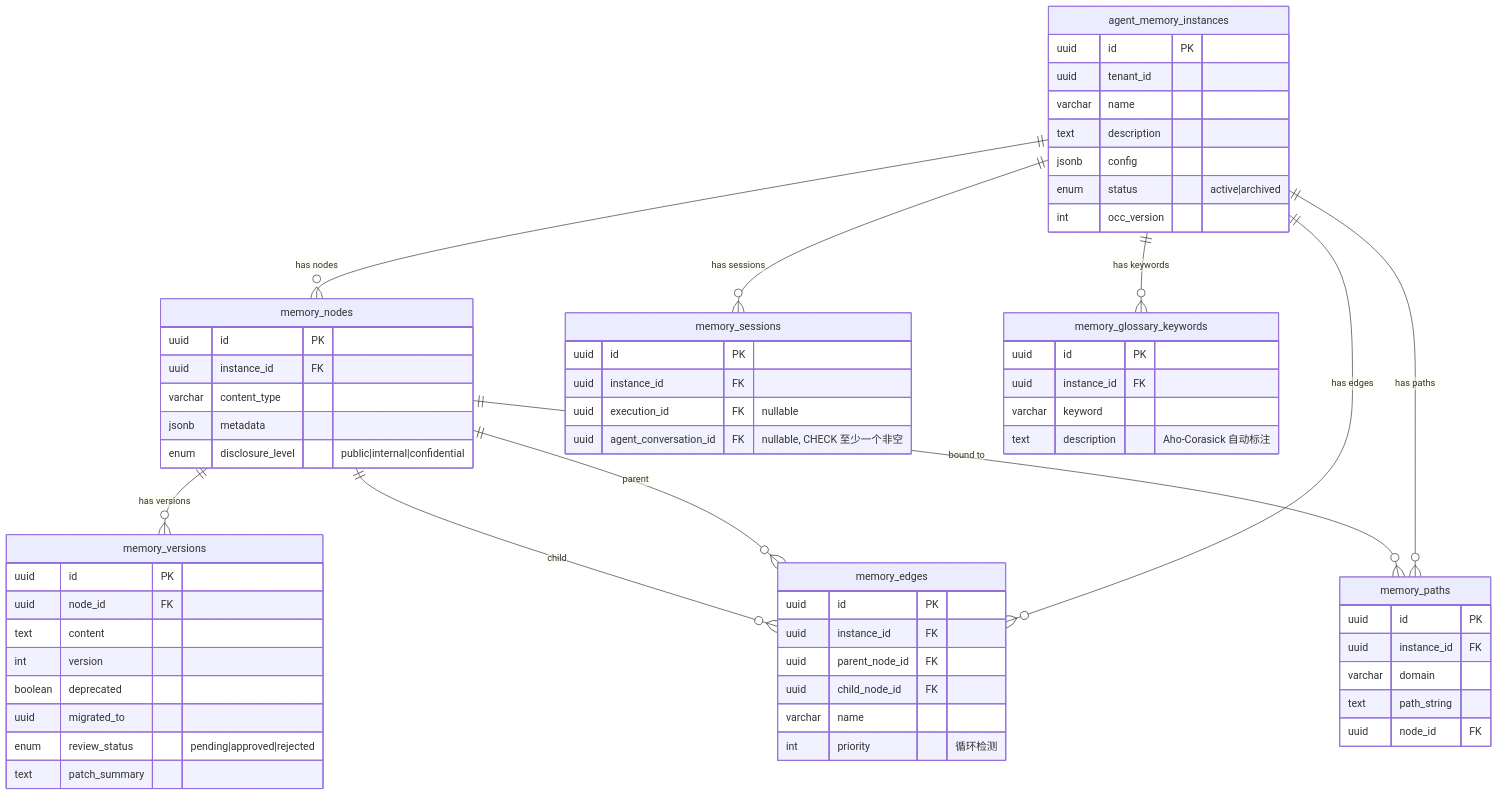
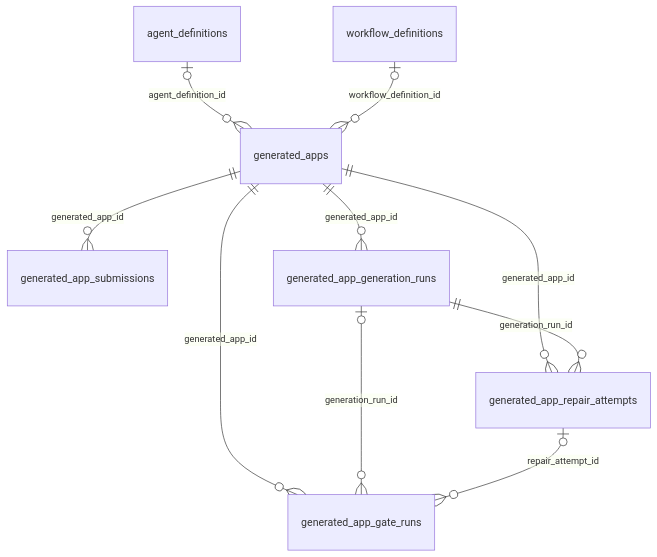
Before and after one commit to Lynricsy/AgentLoom: the eighth of 8 diagrams in agentloom-docs/dev/server/database.md, drawn with Mermaid. The commit also changed other lines of this file and 10 other files, not shown here.

````diff
--- a/agentloom-docs/dev/server/database.md
+++ b/agentloom-docs/dev/server/database.md
@@ -439,72 +170,12 @@
 ```mermaid
 erDiagram
-    agent_memory_instances {
-        uuid id PK
-        uuid tenant_id
-        varchar name
-        text description
-        jsonb config
-        enum status "active|archived"
-        int occ_version
-    }
-
-    memory_nodes {
-        uuid id PK
-        uuid instance_id FK
-        varchar content_type
-        jsonb metadata
-        enum disclosure_level "public|internal|confidential"
-    }
-
-    memory_edges {
-        uuid id PK
-        uuid instance_id FK
-        uuid parent_node_id FK
-        uuid child_node_id FK
-        varchar name
-        int priority "循环检测"
-    }
-
-    memory_paths {
-        uuid id PK
-        uuid instance_id FK
-        varchar domain
-        text path_string
-        uuid node_id FK
-    }
-
-    memory_versions {
-        uuid id PK
-        uuid node_id FK
-        text content
-        int version
-        boolean deprecated
-        uuid migrated_to
-        enum review_status "pending|approved|rejected"
-        text patch_summary
-    }
-
-    memory_sessions {
-        uuid id PK
-        uuid instance_id FK
-        uuid execution_id FK "nullable"
-        uuid agent_conversation_id FK "nullable, CHECK 至少一个非空"
-    }
-
-    memory_glossary_keywords {
-        uuid id PK
-        uuid instance_id FK
-        varchar keyword
-        text description "Aho-Corasick 自动标注"
-    }
-
-    agent_memory_instances ||--o{ memory_nodes : "has nodes"
-    agent_memory_instances ||--o{ memory_edges : "has edges"
-    agent_memory_instances ||--o{ memory_paths : "has paths"
-    agent_memory_instances ||--o{ memory_sessions : "has sessions"
-    agent_memory_instances ||--o{ memory_glossary_keywords : "has keywords"
-    memory_nodes ||--o{ memory_versions : "has versions"
-    memory_nodes ||--o{ memory_paths : "bound to"
-    memory_nodes ||--o{ memory_edges : "parent"
-    memory_nodes ||--o{ memory_edges : "child"
+    agent_definitions |o--o{ generated_apps : "agent_definition_id"
+    workflow_definitions |o--o{ generated_apps : "workflow_definition_id"
+    generated_apps ||--o{ generated_app_submissions : "generated_app_id"
+    generated_apps ||--o{ generated_app_generation_runs : "generated_app_id"
+    generated_apps ||--o{ generated_app_repair_attempts : "generated_app_id"
+    generated_app_generation_runs ||--o{ generated_app_repair_attempts : "generation_run_id"
+    generated_apps ||--o{ generated_app_gate_runs : "generated_app_id"
+    generated_app_generation_runs |o--o{ generated_app_gate_runs : "generation_run_id"
+    generated_app_repair_attempts |o--o{ generated_app_gate_runs : "repair_attempt_id"
 ```
````
